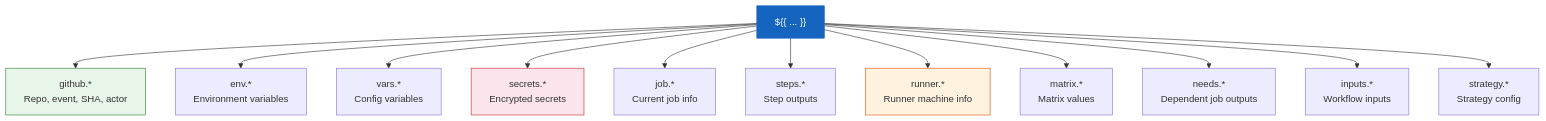
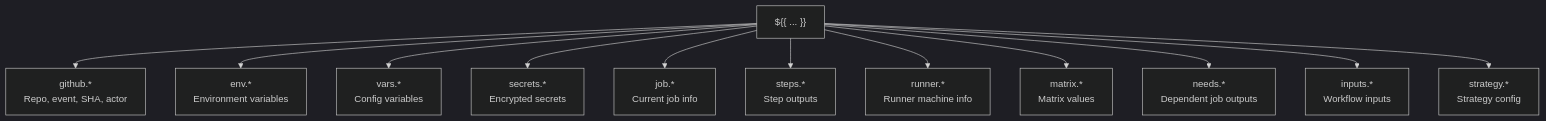
The first of 2 diagrams in 08-github-contexts/README.md (vishutyagi0210/github-ci-cd-with-labs), drawn with Mermaid before and after one commit. The commit also changed other lines of this file and 13 other files, not shown here.

Commit message:
fix: switch all mermaid diagrams to dark theme for better readability

````diff
--- a/08-github-contexts/README.md
+++ b/08-github-contexts/README.md
@@ -9,19 +9,16 @@
 ```mermaid
+%%{init: {"theme": "dark"}}%%
 graph TD
     CTX["${{ ... }}"] --> GH["github.*<br/>Repo, event, SHA, actor"]
     CTX --> ENV["env.*<br/>Environment variables"]
     CTX --> VARS["vars.*<br/>Config variables"]
     CTX --> SEC["secrets.*<br/>Encrypted secrets"]
     CTX --> JOB["job.*<br/>Current job info"]
     CTX --> STEPS["steps.*<br/>Step outputs"]
     CTX --> RUNNER["runner.*<br/>Runner machine info"]
     CTX --> MAT["matrix.*<br/>Matrix values"]
     CTX --> NEEDS["needs.*<br/>Dependent job outputs"]
     CTX --> INP["inputs.*<br/>Workflow inputs"]
     CTX --> STRAT["strategy.*<br/>Strategy config"]
 
-    style CTX fill:#1565c0,stroke:#1565c0,color:#fff
-    style GH fill:#e8f5e9,stroke:#2e7d32
-    style RUNNER fill:#fff3e0,stroke:#e65100
-    style SEC fill:#fce4ec,stroke:#c62828
 ```
````
